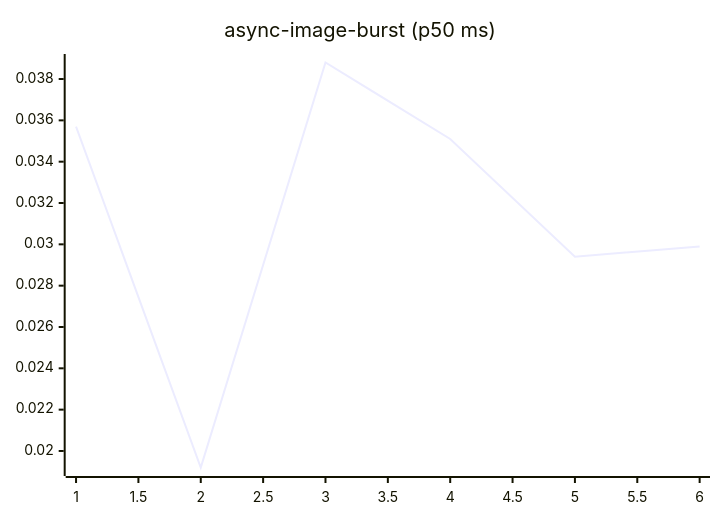
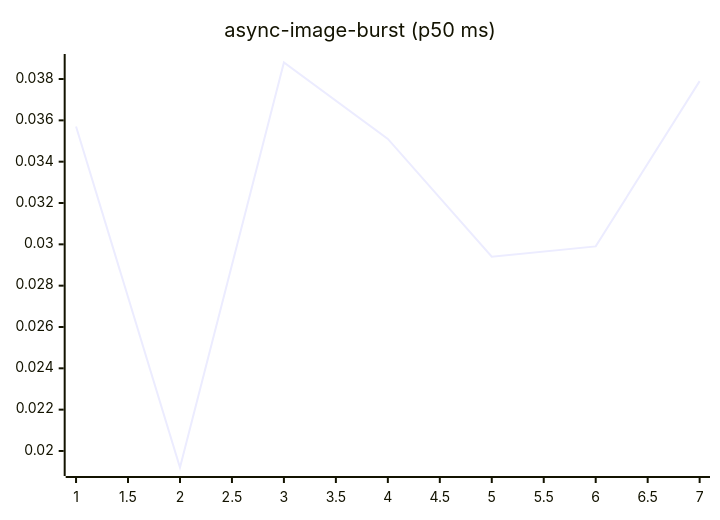
The fourth of 27 diagrams in README.md (josha/Facet), drawn with Mermaid before and after one commit. The commit also changed other lines of this file and 2 other files, not shown here.

````diff
--- a/README.md
+++ b/README.md
@@ -84,6 +84,6 @@
 ```mermaid
 xychart-beta
     title "async-image-burst (p50 ms)"
-    x-axis 1 --> 6
-    line [0.0357, 0.0192, 0.0388, 0.0351, 0.0294, 0.0299]
+    x-axis 1 --> 7
+    line [0.0357, 0.0192, 0.0388, 0.0351, 0.0294, 0.0299, 0.0379]
 ```
````
